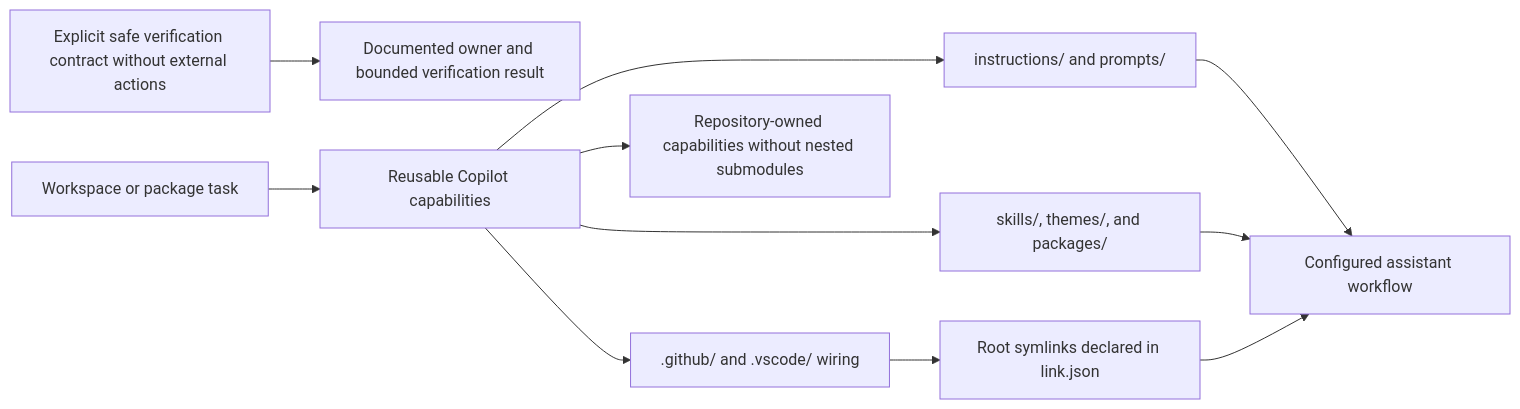
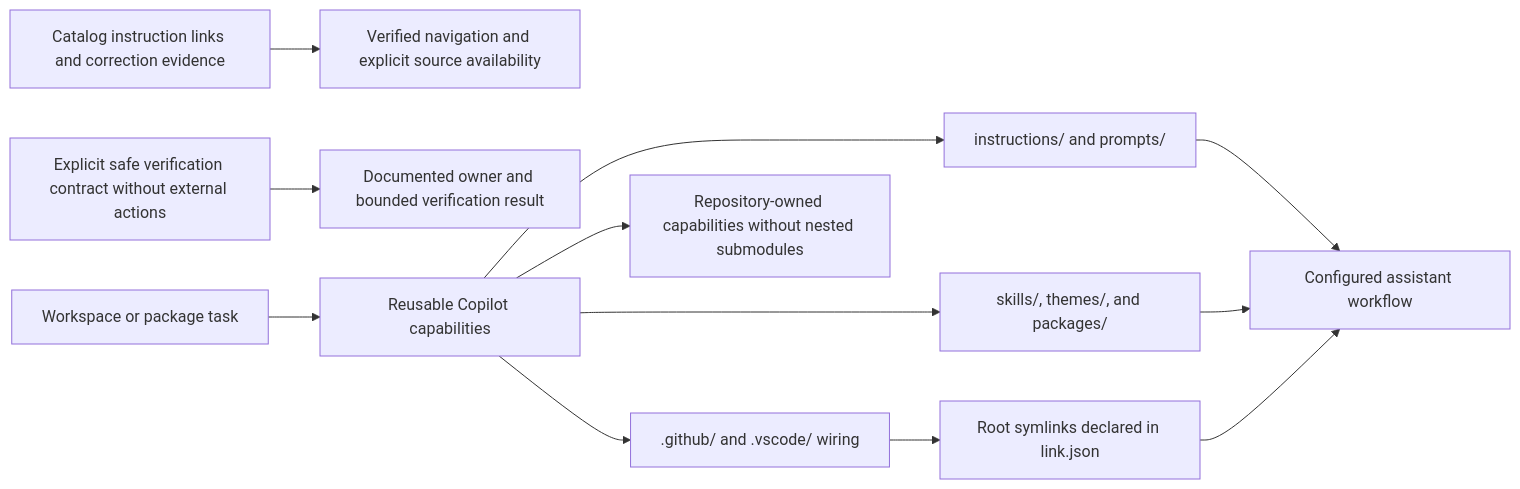
The diagram in readme.md (anoblet/copilot), drawn with Mermaid before and after one commit. The commit also changed other lines of this file and 11 other files, not shown here.

Commit message:
fix(docs): repair shared instruction and correction navigation

````diff
--- a/readme.md
+++ b/readme.md
@@ -15,13 +17,14 @@
 ```mermaid
 flowchart LR
+    NAV10["Catalog instruction links and correction evidence"] --> NAV10OUT["Verified navigation and explicit source availability"]
     SAFE10["Explicit safe verification contract without external actions"] --> SAFE10OUT["Documented owner and bounded verification result"]
     A["Workspace or package task"] --> B["Reusable Copilot capabilities"]
     B --> C["instructions/ and prompts/"]
     B --> D["skills/, themes/, and packages/"]
     B --> E[".github/ and .vscode/ wiring"]
     B --> S["Repository-owned capabilities without nested submodules"]
     E --> F["Root symlinks declared in link.json"]
     C --> G["Configured assistant workflow"]
     D --> G
     F --> G
 ```
````
